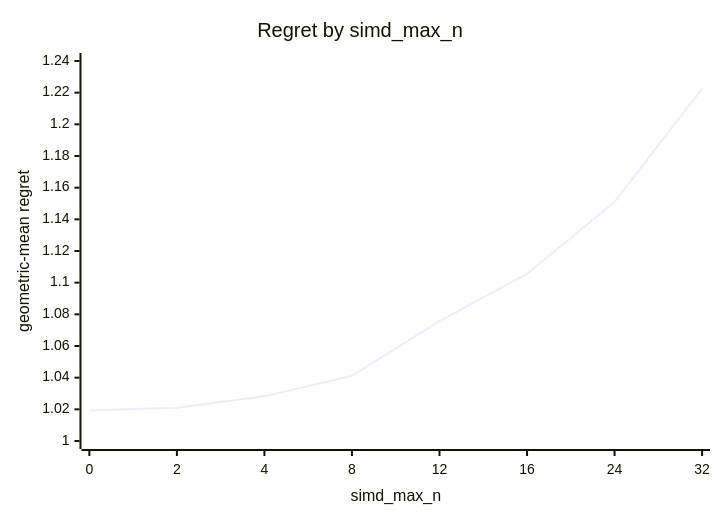
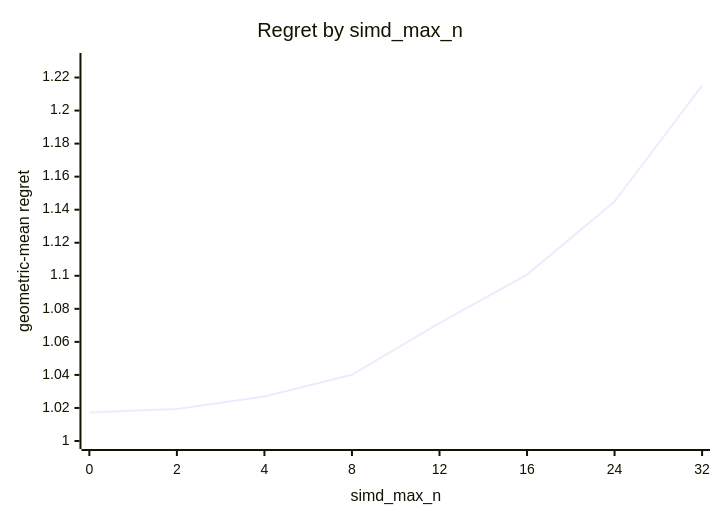
Before and after one commit to c0rmac/metal-linalg: the second of 5 diagrams in docs/results/apple-m5-pro-20gpu/combined/eigh/report.md, drawn with Mermaid. The commit also changed other lines of this file and 38 other files, not shown here.

````diff
--- a/docs/results/apple-m5-pro-20gpu/combined/eigh/report.md
+++ b/docs/results/apple-m5-pro-20gpu/combined/eigh/report.md
@@ -66,7 +67,7 @@
 ```mermaid
 xychart-beta
     title "Regret by simd_max_n"
     x-axis "simd_max_n" [0, 2, 4, 8, 12, 16, 24, 32]
-    y-axis "geometric-mean regret" 1.0 --> 1.24
-    line [1.0193, 1.0210, 1.0282, 1.0412, 1.0757, 1.1056, 1.1510, 1.2226]
+    y-axis "geometric-mean regret" 1.0 --> 1.23
+    line [1.0173, 1.0194, 1.0269, 1.0401, 1.0713, 1.1007, 1.1450, 1.2151]
 ```
````
